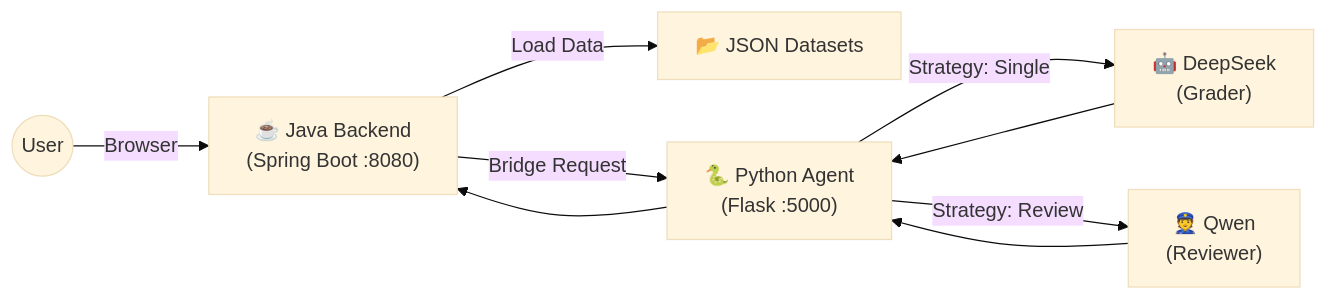
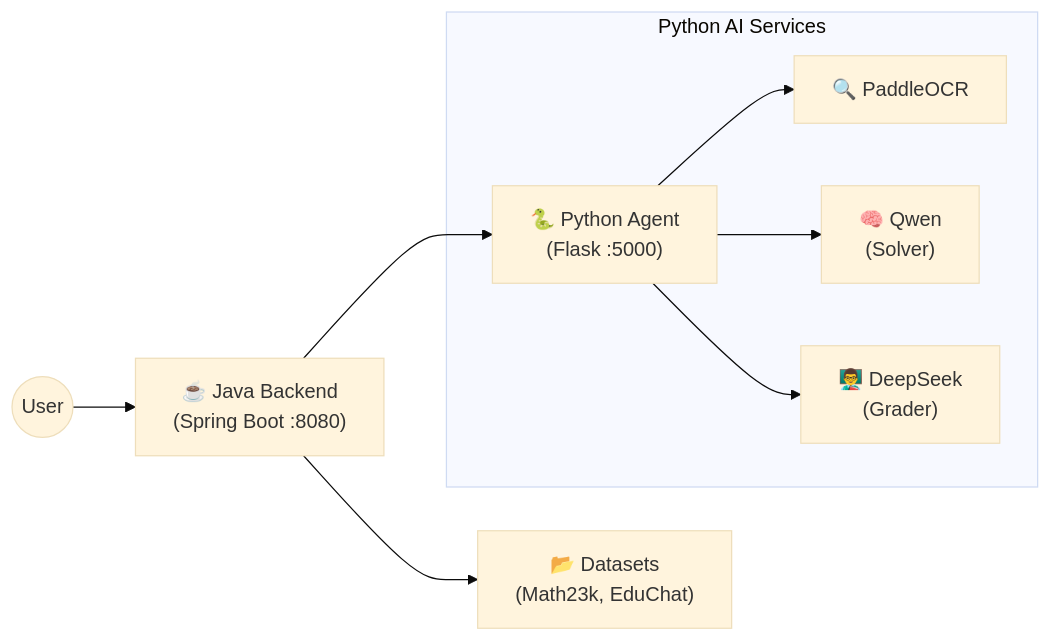
Before and after one commit to KivenCyril/MathGrader: the diagram in README.md, drawn with Mermaid (base theme). The commit also changed other lines of this file and 34 other files, not shown here.

````diff
--- a/README.md
+++ b/README.md
@@ -13,11 +42,12 @@
 ```mermaid
 graph LR
-    User((User)) -->|Browser| Java["☕ Java Backend\n(Spring Boot :8080)"]
-    Java -->|Load Data| FS["📂 JSON Datasets"]
-    Java -->|Bridge Request| Python["🐍 Python Agent\n(Flask :5000)"]
-    Python -->|Strategy: Single| LLM1["🤖 DeepSeek\n(Grader)"]
-    Python -->|Strategy: Review| LLM2["👮 Qwen\n(Reviewer)"]
-    LLM1 --> Python
-    LLM2 --> Python
-    Python --> Java
+    User((User)) --> Java["☕ Java Backend\n(Spring Boot :8080)"]
+    Java --> FS["📂 Datasets\n(Math23k, EduChat)"]
+    Java --> Python["🐍 Python Agent\n(Flask :5000)"]
+    
+    subgraph "Python AI Services"
+        Python --> Paddle["🔍 PaddleOCR"]
+        Python --> LLM1["🧠 Qwen\n(Solver)"]
+        Python --> LLM2["👨‍🏫 DeepSeek\n(Grader)"]
+    end
 ```
````
